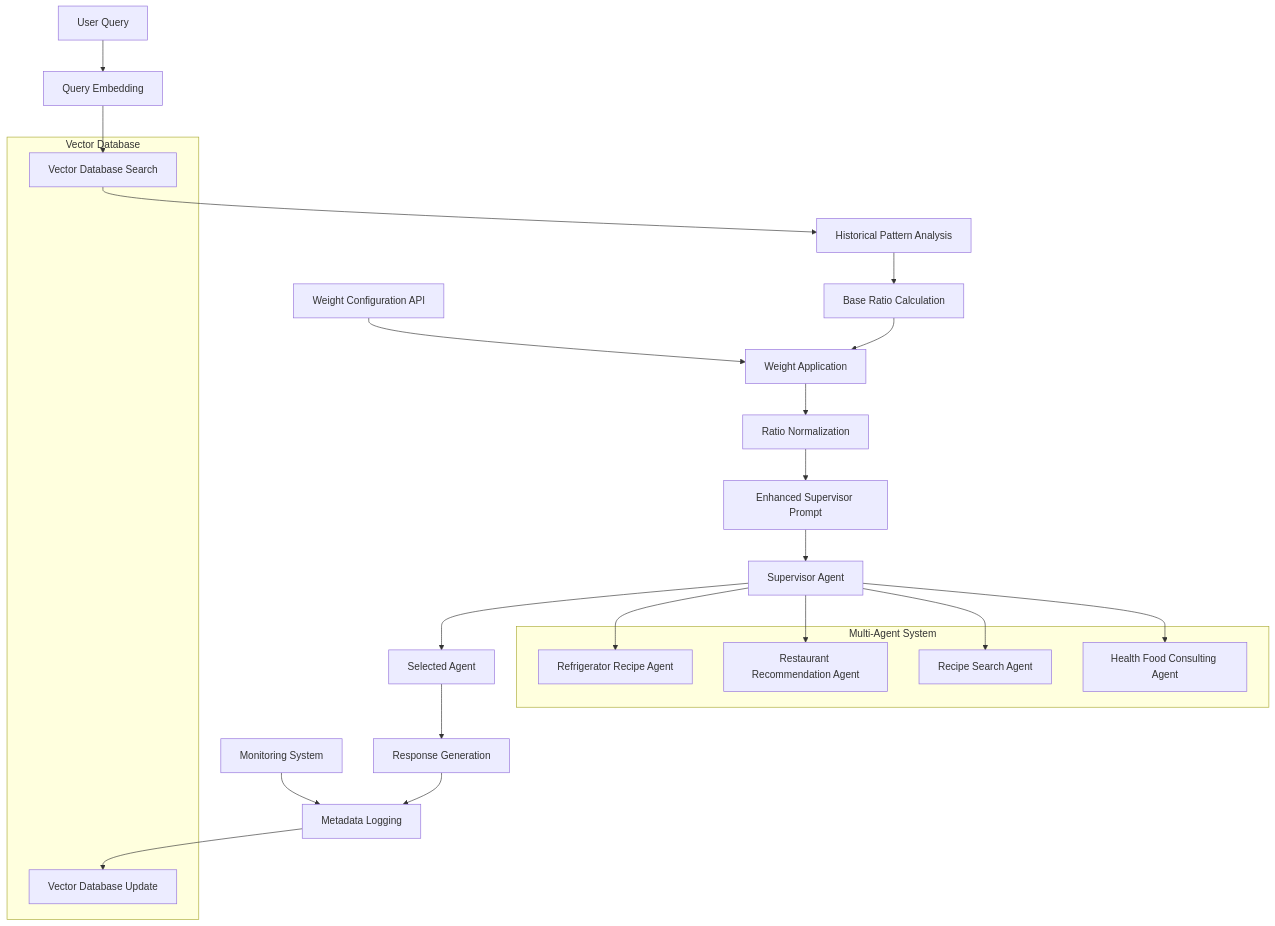
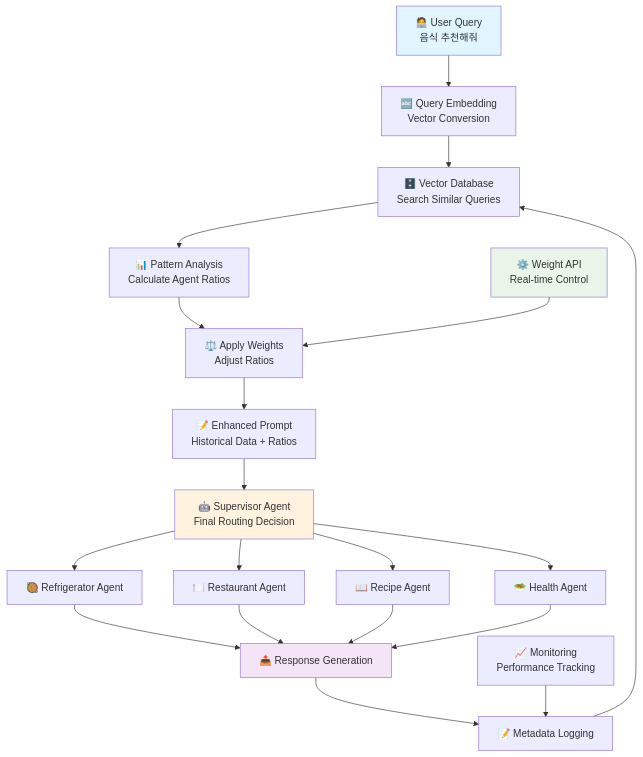
One commit to dongju2-lee/weighted-prompt-multi-agent-router changed the diagram in README.md. Above: the diagram before and after it, drawn with Mermaid. The commit also changed 1 other file, not shown here.

Commit message:
시스템 그림 추가

````diff
--- a/README.md
+++ b/README.md
@@ -48,35 +48,30 @@
 ```mermaid
-graph TB
-    A[User Query] --> B[Query Embedding]
-    B --> C[Vector Database Search]
-    C --> D[Historical Pattern Analysis]
-    D --> E[Base Ratio Calculation]
-    E --> F[Weight Application]
-    F --> G[Ratio Normalization]
-    G --> H[Enhanced Supervisor Prompt]
-    H --> I[Supervisor Agent]
-    I --> J[Selected Agent]
-    J --> K[Response Generation]
-    K --> L[Metadata Logging]
-    L --> M[Vector Database Update]
+flowchart TD
+    A["🧑‍💻 User Query<br/>음식 추천해줘"] --> B["🔤 Query Embedding<br/>Vector Conversion"]
+    B --> C["🗄️ Vector Database<br/>Search Similar Queries"]
+    C --> D["📊 Pattern Analysis<br/>Calculate Agent Ratios"]
+    D --> E["⚖️ Apply Weights<br/>Adjust Ratios"]
+    E --> F["📝 Enhanced Prompt<br/>Historical Data + Ratios"]
+    F --> G["🤖 Supervisor Agent<br/>Final Routing Decision"]
     
-    N[Weight Configuration API] --> F
-    O[Monitoring System] --> L
+    G --> H1["🥘 Refrigerator Agent"]
+    G --> H2["🍽️ Restaurant Agent"] 
+    G --> H3["📖 Recipe Agent"]
+    G --> H4["🥗 Health Agent"]
     
-    subgraph "Vector Database"
-        C
-        M
-    end
+    H1 --> I["📤 Response Generation"]
+    H2 --> I
+    H3 --> I
+    H4 --> I
     
-    subgraph "Multi-Agent System"
-        P[Refrigerator Recipe Agent]
-        Q[Restaurant Recommendation Agent]
-        R[Recipe Search Agent]
-        S[Health Food Consulting Agent]
-    end
+    I --> J["📝 Metadata Logging"]
+    J --> C
     
-    I --> P
-    I --> Q
-    I --> R
-    I --> S
+    K["⚙️ Weight API<br/>Real-time Control"] --> E
+    L["📈 Monitoring<br/>Performance Tracking"] --> J
+
+    style A fill:#e1f5fe
+    style G fill:#fff3e0
+    style I fill:#f3e5f5
+    style K fill:#e8f5e8
 ```
````
